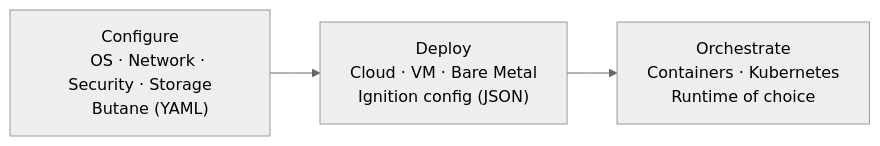
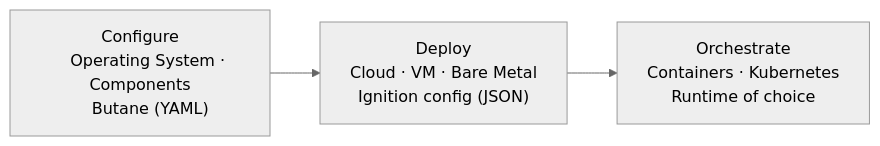
The diagram in content/docs/latest/getting-started/_index.md (flatcar/flatcar-website), drawn with Mermaid (neutral theme) before and after one commit. The commit also changed other lines of this file, not shown here.

````diff
--- a/content/docs/latest/getting-started/_index.md
+++ b/content/docs/latest/getting-started/_index.md
@@ -23,10 +23,10 @@
 ```mermaid
 flowchart LR
     A["Configure
-    OS · Network · Security · Storage
+    Operating System · Components
     Butane (YAML)"] --> B["Deploy
     Cloud · VM · Bare Metal
     Ignition config (JSON)"] --> C["Orchestrate
     Containers · Kubernetes
     Runtime of choice"]
 ```
````
